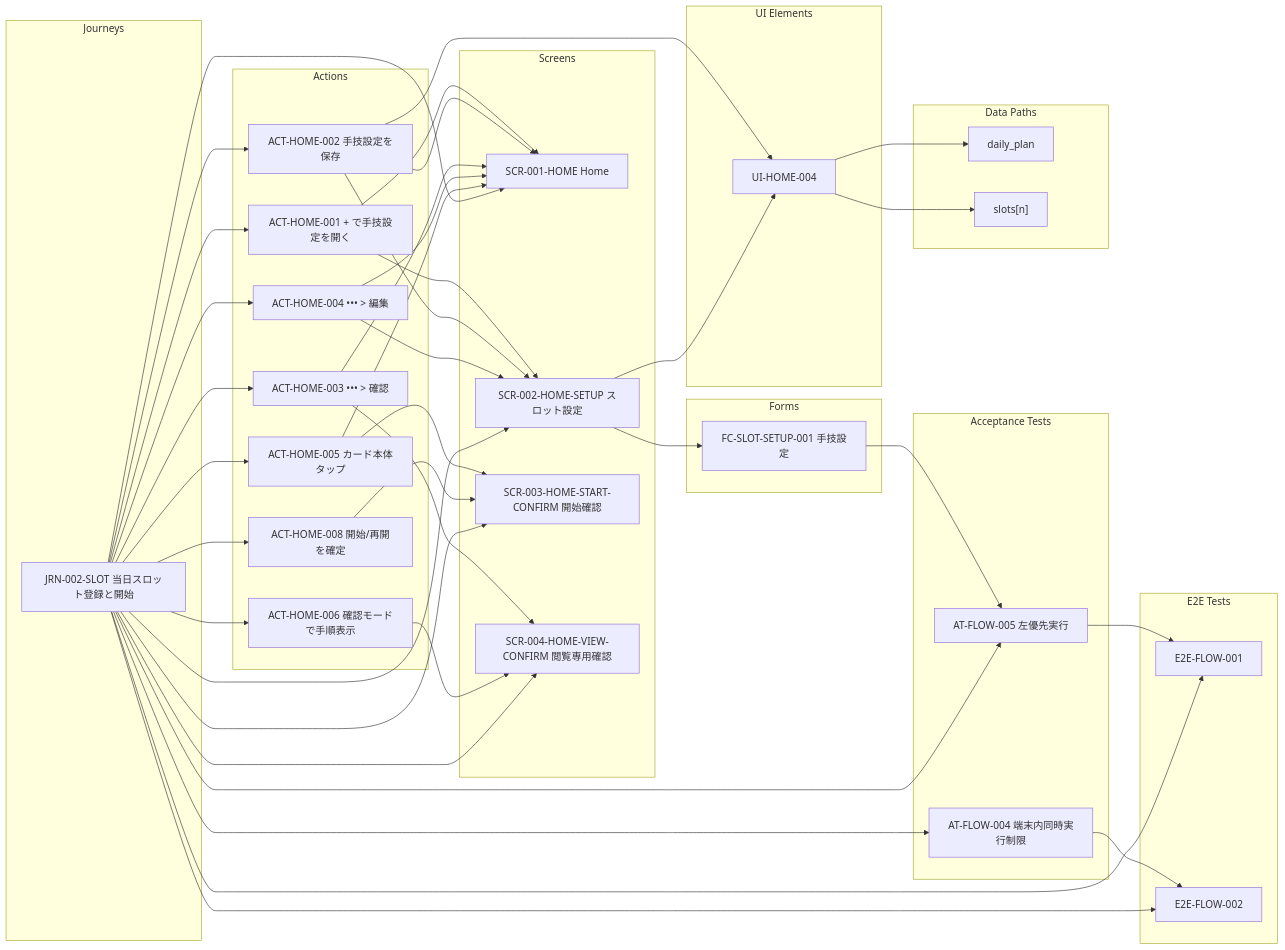
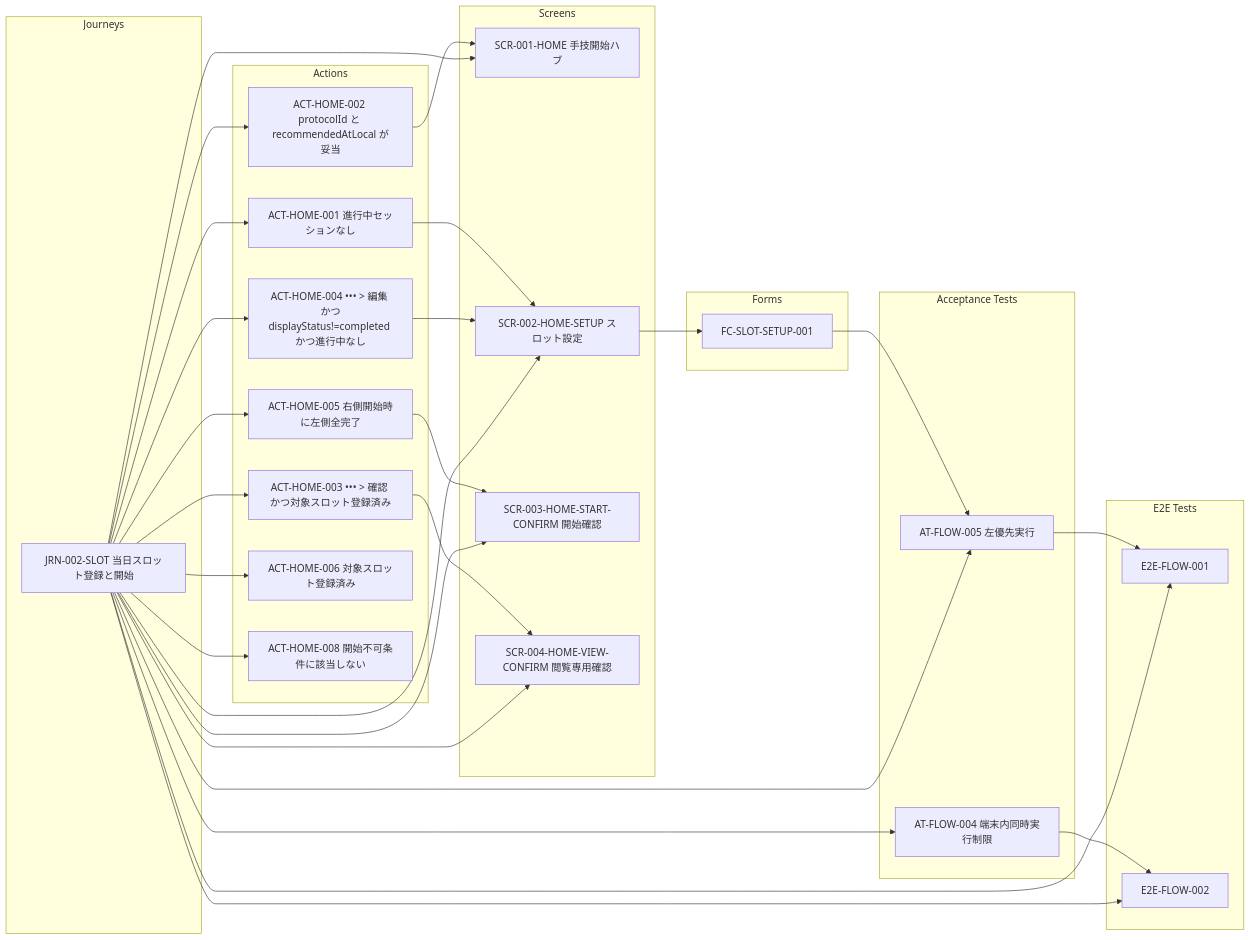
Before and after one commit to h-sakanet/capd_navi: the diagram in docs/generated/screens/SCR-002-HOME-SETUP.md, drawn with Mermaid. The commit also changed 475 other files, not shown here.

````diff
--- a/docs/generated/screens/SCR-002-HOME-SETUP.md
+++ b/docs/generated/screens/SCR-002-HOME-SETUP.md
@@ -3,75 +3,57 @@
 ```mermaid
 flowchart LR
   %% SCR-002-HOME-SETUP
   subgraph JRN["Journeys"]
-    N15["JRN-002-SLOT 当日スロット登録と開始"]
+    N13["JRN-002-SLOT 当日スロット登録と開始"]
   end
   subgraph ACT["Actions"]
-    N1["ACT-HOME-001 + で手技設定を開く"]
-    N2["ACT-HOME-002 手技設定を保存"]
-    N3["ACT-HOME-003 ••• > 確認"]
-    N4["ACT-HOME-004 ••• > 編集"]
-    N5["ACT-HOME-005 カード本体タップ"]
-    N6["ACT-HOME-006 確認モードで手順表示"]
-    N7["ACT-HOME-008 開始/再開を確定"]
+    N1["ACT-HOME-001 進行中セッションなし"]
+    N2["ACT-HOME-002 protocolId と recommendedAtLocal が妥当"]
+    N3["ACT-HOME-003 ••• > 確認 かつ対象スロット登録済み"]
+    N4["ACT-HOME-004 ••• > 編集 かつdisplayStatus!=completed かつ進行中なし"]
+    N5["ACT-HOME-005 右側開始時に左側全完了"]
+    N6["ACT-HOME-006 対象スロット登録済み"]
+    N7["ACT-HOME-008 開始不可条件に該当しない"]
   end
   subgraph SCR["Screens"]
-    N16["SCR-001-HOME Home"]
-    N17["SCR-002-HOME-SETUP スロット設定"]
-    N18["SCR-003-HOME-START-CONFIRM 開始確認"]
-    N19["SCR-004-HOME-VIEW-CONFIRM 閲覧専用確認"]
+    N14["SCR-001-HOME 手技開始ハブ"]
+    N15["SCR-002-HOME-SETUP スロット設定"]
+    N16["SCR-003-HOME-START-CONFIRM 開始確認"]
+    N17["SCR-004-HOME-VIEW-CONFIRM 閲覧専用確認"]
   end
   subgraph FC["Forms"]
-    N14["FC-SLOT-SETUP-001 手技設定"]
-  end
-  subgraph UI["UI Elements"]
-    N20["UI-HOME-004"]
+    N12["FC-SLOT-SETUP-001"]
   end
   subgraph AT["Acceptance Tests"]
     N8["AT-FLOW-004 端末内同時実行制限"]
     N9["AT-FLOW-005 左優先実行"]
   end
   subgraph E2E["E2E Tests"]
-    N12["E2E-FLOW-001"]
-    N13["E2E-FLOW-002"]
+    N10["E2E-FLOW-001"]
+    N11["E2E-FLOW-002"]
   end
-  subgraph DATA["Data Paths"]
-    N10["daily_plan"]
-    N11["slots[n]"]
-  end
-  N1 --> N16
-  N1 --> N17
-  N2 --> N16
-  N2 --> N17
-  N2 --> N20
-  N3 --> N16
-  N3 --> N19
-  N4 --> N16
-  N4 --> N17
+  N1 --> N15
+  N2 --> N14
+  N3 --> N17
+  N4 --> N15
   N5 --> N16
-  N5 --> N18
-  N6 --> N19
-  N7 --> N18
-  N8 --> N13
-  N9 --> N12
-  N14 --> N9
-  N15 --> N1
-  N15 --> N2
-  N15 --> N3
-  N15 --> N4
-  N15 --> N5
-  N15 --> N6
-  N15 --> N7
-  N15 --> N8
-  N15 --> N9
+  N8 --> N11
+  N9 --> N10
+  N12 --> N9
+  N13 --> N1
+  N13 --> N2
+  N13 --> N3
+  N13 --> N4
+  N13 --> N5
+  N13 --> N6
+  N13 --> N7
+  N13 --> N8
+  N13 --> N9
+  N13 --> N10
+  N13 --> N11
+  N13 --> N14
+  N13 --> N15
+  N13 --> N16
+  N13 --> N17
   N15 --> N12
-  N15 --> N13
-  N15 --> N16
-  N15 --> N17
-  N15 --> N18
-  N15 --> N19
-  N17 --> N14
-  N17 --> N20
-  N20 --> N10
-  N20 --> N11
 ```
````
